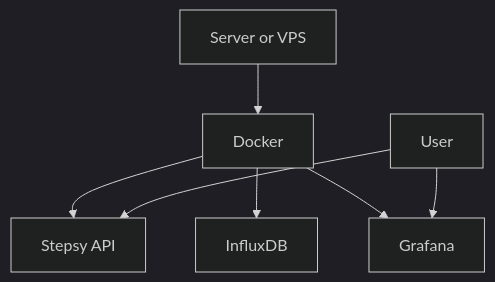
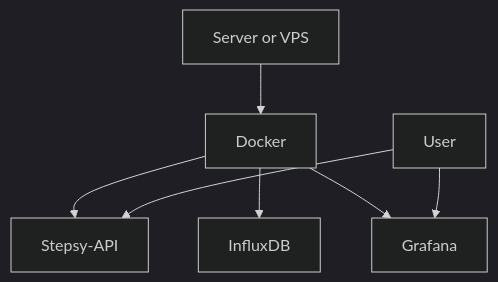
One commit to nikoswu/StepStack changed the fifth of 5 diagrams in README.md. Above: the diagram before and after it, drawn with Mermaid (dark theme). The commit also changed other lines of this file, not shown here.

First line of the commit message:
Rename Stepsy to Stepsy-API in README

````diff
--- a/README.md
+++ b/README.md
@@ -419,10 +419,10 @@
 ```mermaid
 flowchart TD
     A[Server or VPS] --> B[Docker]
-    B --> C[Stepsy API]
+    B --> C[Stepsy-API]
     B --> D[InfluxDB]
     B --> E[Grafana]
 
     U[User] --> C
     U --> E
 ```
````
